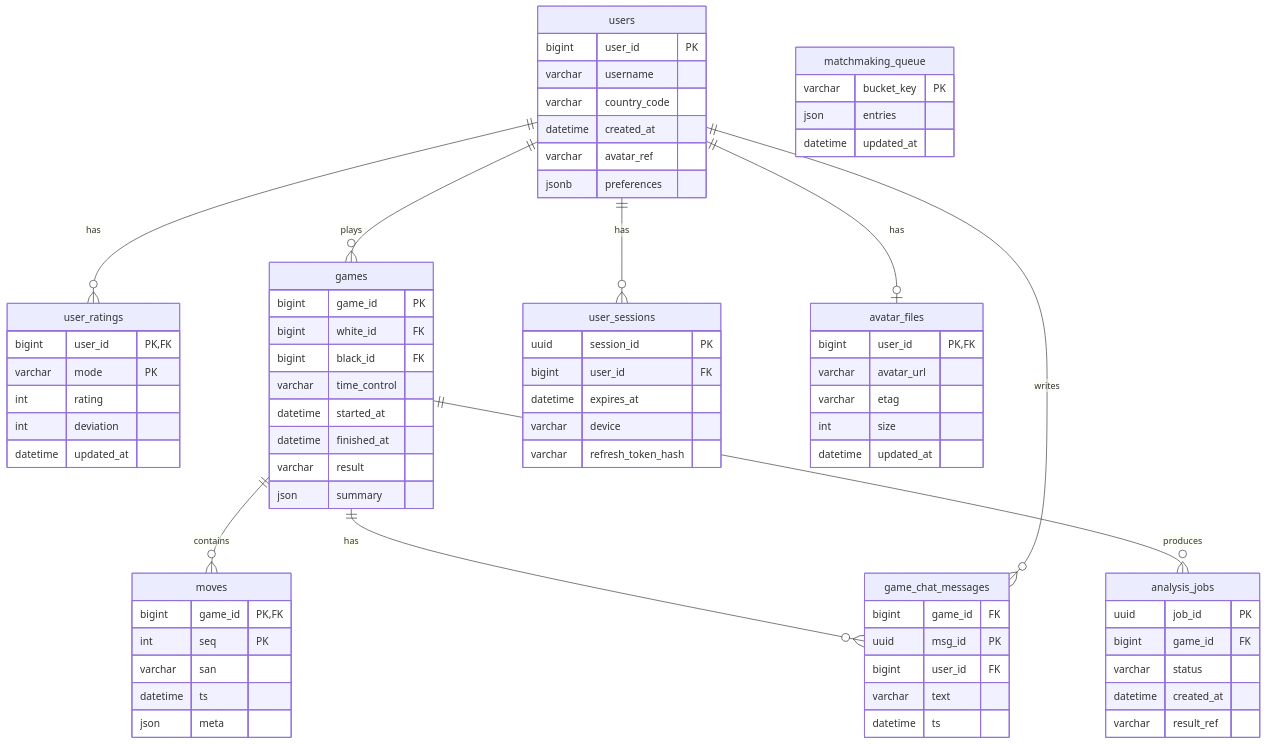
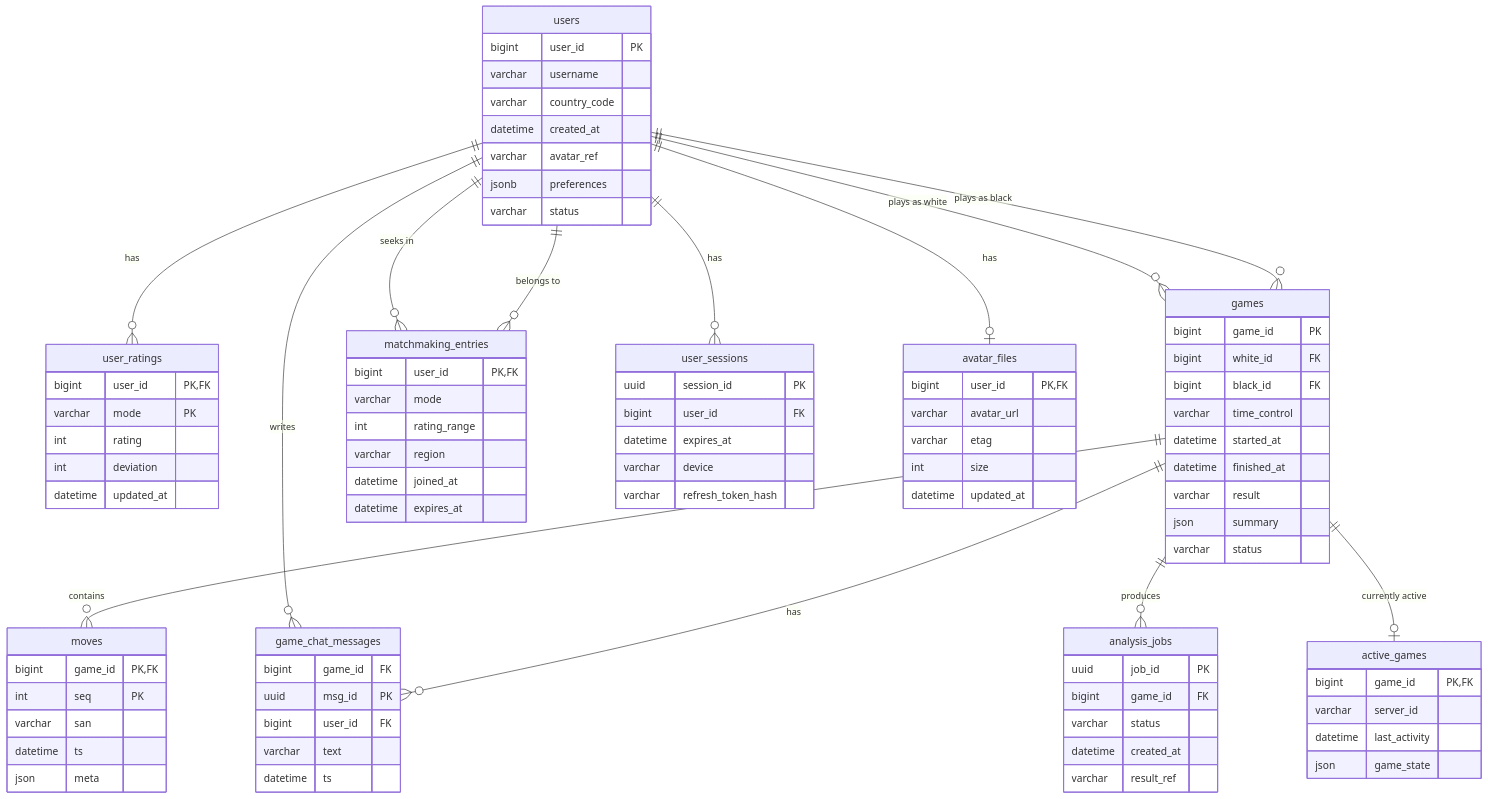
One commit to Xeonoff/HighloadChessCom_VKTP changed the third of 4 diagrams in README.md. Above: the diagram before and after it, drawn with Mermaid. The commit also changed other lines of this file, not shown here.

````diff
--- a/README.md
+++ b/README.md
@@ -336,7 +336,9 @@
         datetime created_at
         varchar avatar_ref
         jsonb preferences
+        varchar status
     }
+    
     user_ratings {
         bigint user_id PK, FK
         varchar mode PK
@@ -344,6 +346,7 @@
         int deviation
         datetime updated_at
     }
+    
     games {
         bigint game_id PK
         bigint white_id FK
@@ -353,7 +356,25 @@
         datetime finished_at
         varchar result
         json summary
+        varchar status
     }
+    
+    active_games {
+        bigint game_id PK, FK
+        varchar server_id
+        datetime last_activity
+        json game_state
+    }
+    
+    matchmaking_entries {
+        bigint user_id PK, FK
+        varchar mode
+        int rating_range
+        varchar region
+        datetime joined_at
+        datetime expires_at
+    }
+    
     moves {
         bigint game_id PK, FK
         int seq PK
@@ -361,6 +382,7 @@
         datetime ts
         json meta
     }
+    
     game_chat_messages {
         bigint game_id FK
         uuid msg_id PK
@@ -368,6 +390,7 @@
         varchar text
         datetime ts
     }
+    
     user_sessions {
         uuid session_id PK
         bigint user_id FK
@@ -375,11 +398,7 @@
         varchar device
         varchar refresh_token_hash
     }
-    matchmaking_queue {
-        varchar bucket_key PK
-        json entries
-        datetime updated_at
-    }
+    
     avatar_files {
         bigint user_id PK, FK
         varchar avatar_url
@@ -387,6 +406,7 @@
         int size
         datetime updated_at
     }
+    
     analysis_jobs {
         uuid job_id PK
         bigint game_id FK
@@ -396,11 +416,17 @@
     }
 
     users ||--o{ user_ratings : has
-    users ||--o{ games : plays
-    games ||--o{ moves : contains
-    games ||--o{ game_chat_messages : has
+    users ||--o{ games : "plays as white"
+    users ||--o{ games : "plays as black"
+    users ||--o{ matchmaking_entries : "seeks in"
     users ||--o{ game_chat_messages : writes
     users ||--o{ user_sessions : has
     users ||--o| avatar_files : has
+    
+    games ||--o{ moves : contains
+    games ||--o{ game_chat_messages : has
     games ||--o{ analysis_jobs : produces
+    games ||--o| active_games : "currently active"
+    
+    matchmaking_entries }o--|| users : "belongs to"
 ```
````
